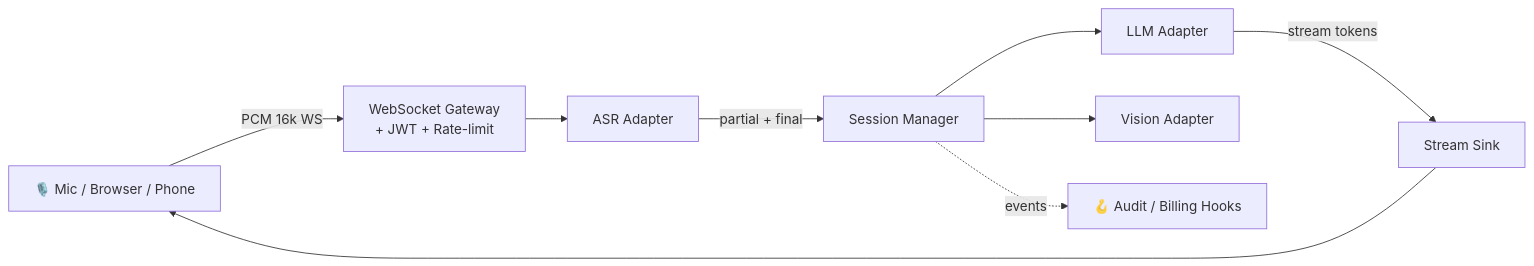
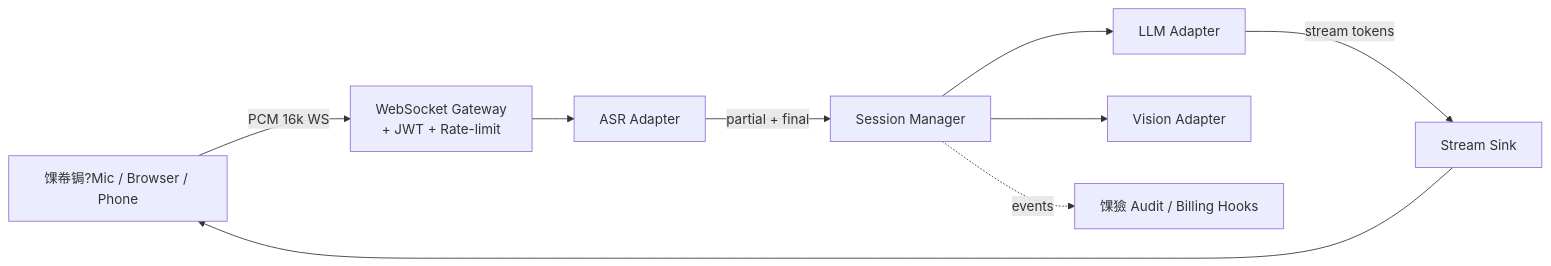
The diagram in README.md (tianjimeteor/VoxCore), drawn with Mermaid before and after one commit. The commit also changed other lines of this file and 3 other files, not shown here.

````diff
--- a/README.md
+++ b/README.md
@@ -189,11 +198,11 @@
 ```mermaid
 graph LR
-    Mic[🎙️ Mic / Browser / Phone] -->|PCM 16k WS| Gateway[WebSocket Gateway<br/>+ JWT + Rate-limit]
+    Mic[馃帣锔?Mic / Browser / Phone] -->|PCM 16k WS| Gateway[WebSocket Gateway<br/>+ JWT + Rate-limit]
     Gateway --> ASR[ASR Adapter]
     ASR -->|partial + final| Session[Session Manager]
     Session --> LLM[LLM Adapter]
     LLM -->|stream tokens| Out[Stream Sink]
     Session --> Vision[Vision Adapter]
-    Session -.events.-> Hooks[🪝 Audit / Billing Hooks]
+    Session -.events.-> Hooks[馃獫 Audit / Billing Hooks]
     Out --> Mic
 ```
````
